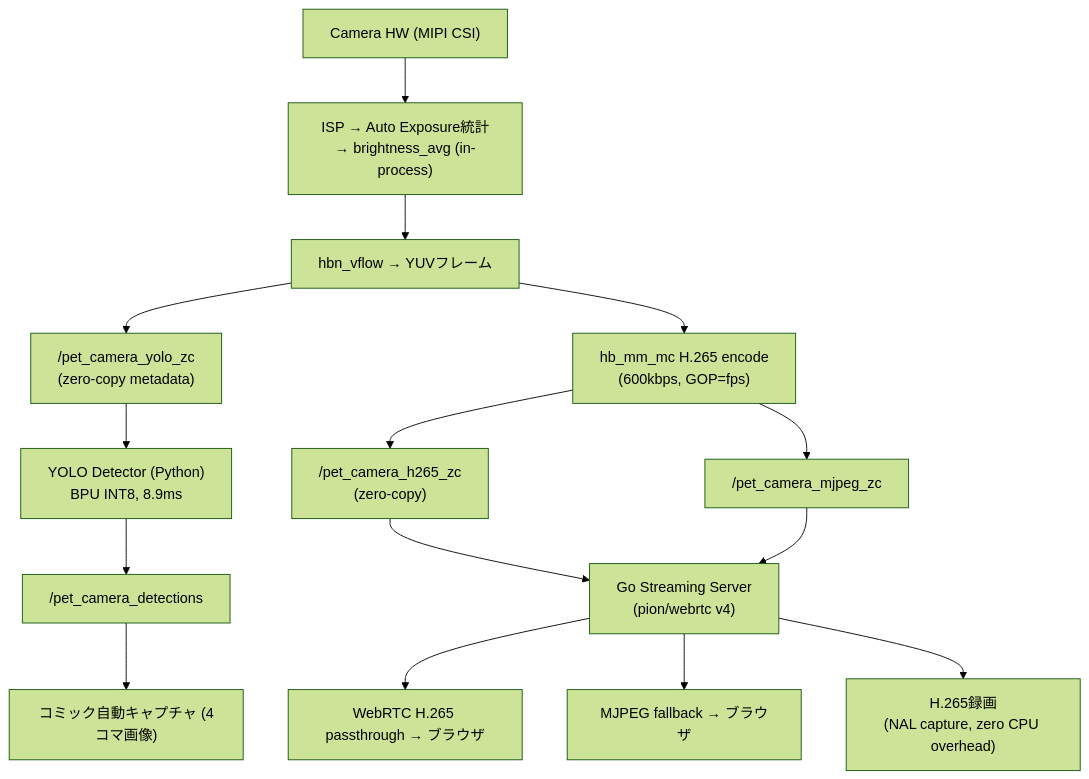
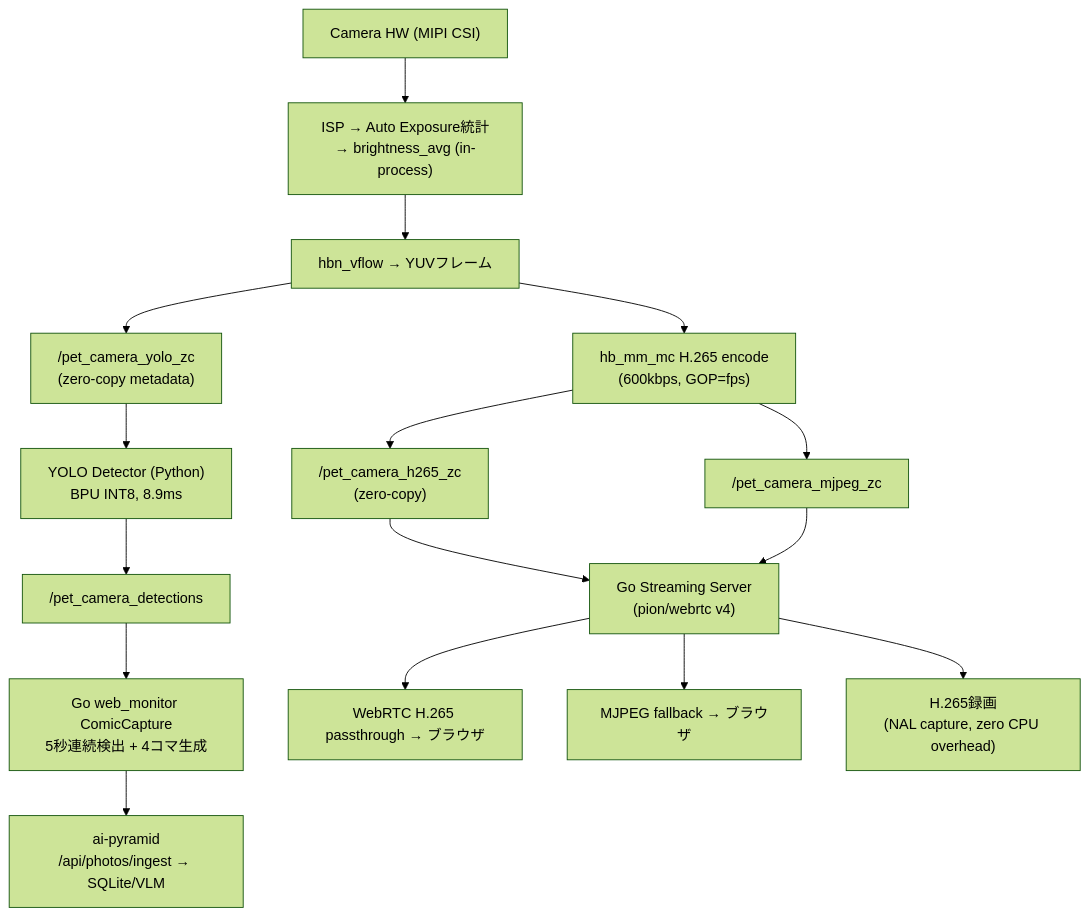
Before and after one commit to dj-oyu/rdk-x5_smart-pet-camera: the fourth of 7 diagrams in docs/04_architecture.md, drawn with Mermaid (forest theme). The commit also changed other lines of this file and 7 other files, not shown here.

````diff
--- a/docs/04_architecture.md
+++ b/docs/04_architecture.md
@@ -135,28 +138,30 @@
 ```mermaid
 graph TD
     camhw["Camera HW (MIPI CSI)"]
     isp["ISP → Auto Exposure統計<br/>→ brightness_avg (in-process)"]
     vio["hbn_vflow → YUVフレーム"]
     yolozc["/pet_camera_yolo_zc<br/>(zero-copy metadata)"]
     detector["YOLO Detector (Python)<br/>BPU INT8, 8.9ms"]
     detshm["/pet_camera_detections"]
-    comic["コミック自動キャプチャ (4コマ画像)"]
+    comic["Go web_monitor ComicCapture<br/>5秒連続検出 + 4コマ生成"]
     encoder["hb_mm_mc H.265 encode<br/>(600kbps, GOP=fps)"]
     h265zc["/pet_camera_h265_zc<br/>(zero-copy)"]
     mjpegzc["/pet_camera_mjpeg_zc"]
     goserver["Go Streaming Server<br/>(pion/webrtc v4)"]
     webrtc["WebRTC H.265 passthrough → ブラウザ"]
     mjpeg["MJPEG fallback → ブラウザ"]
     recording["H.265録画<br/>(NAL capture, zero CPU overhead)"]
+    aip["ai-pyramid<br/>/api/photos/ingest → SQLite/VLM"]
 
     camhw --> isp --> vio
     vio --> yolozc --> detector --> detshm --> comic
     vio --> encoder
     encoder --> h265zc
     encoder --> mjpegzc
     h265zc --> goserver
     mjpegzc --> goserver
     goserver --> webrtc
     goserver --> mjpeg
     goserver --> recording
+    comic --> aip
 ```
````
